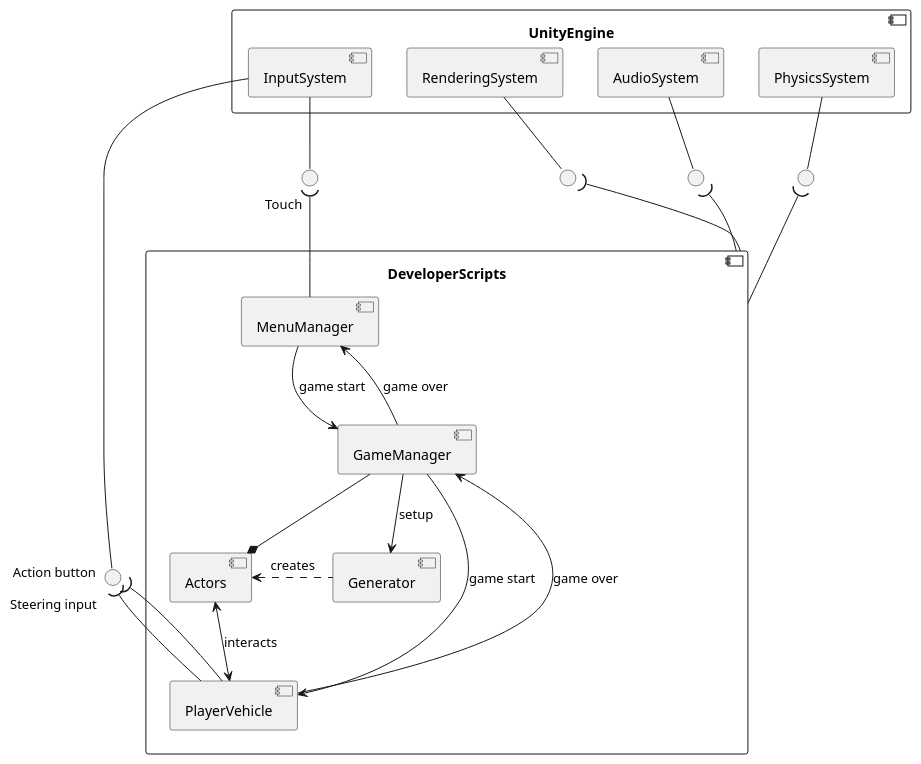
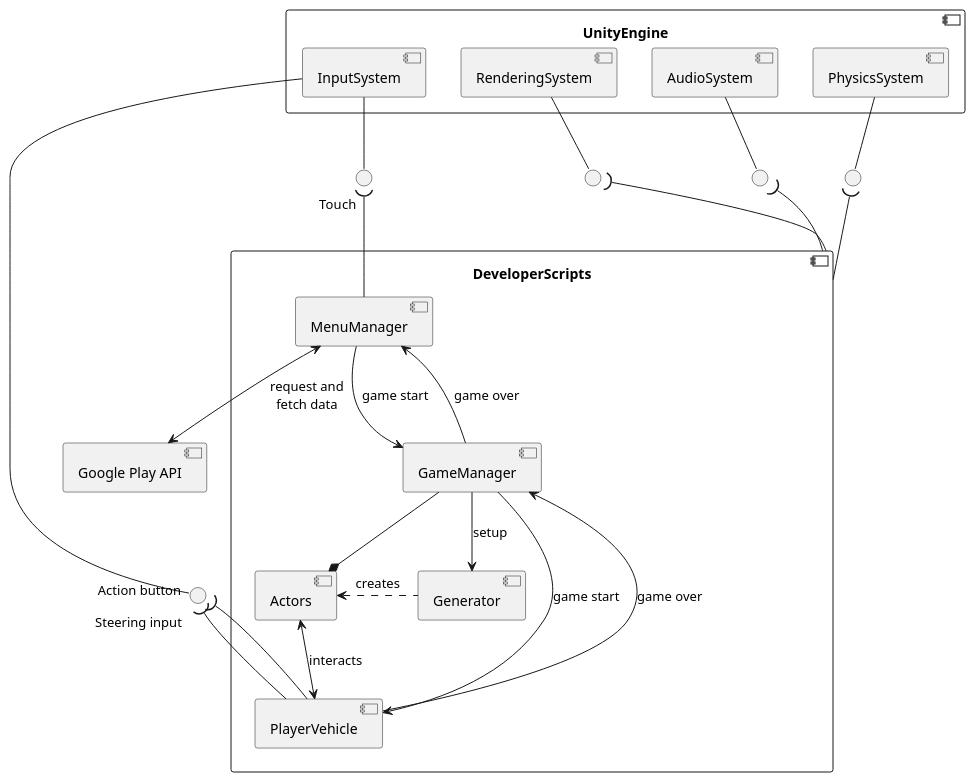
Before and after one commit to CKTA00/Robbery_Rush_UML: the diagram in UML/component_diagram.puml, drawn with PlantUML.

Commit message:
Added Google Play API to component diagram

```diff
--- a/UML/component_diagram.puml
+++ b/UML/component_diagram.puml
@@ -1,78 +1,82 @@
 @startuml
 
 
 component DeveloperScripts{
     component GameManager{
 
     }
 
     component Generator{
 
     }
 
     component MenuManager {
 
     }
 
     component PlayerVehicle{
 
     }
 
     component Actors{
 
     }
 }
 
 component UnityEngine{
     component InputSystem {
 
     }
 
     component RenderingSystem{
 
     }
 
     component AudioSystem{
 
     }
 
     component PhysicsSystem{
 
     }
 }
 
 
 () VehicleInput as " "
 () MenuInput as " "
 () Rendering as " "
 () Physics as " "
 () Audio as " "
 
 
 InputSystem -- VehicleInput
 InputSystem -- MenuInput
 
 VehicleInput "Steering input")-- PlayerVehicle
 VehicleInput "Action button")-- PlayerVehicle
 MenuInput "Touch")-- MenuManager
 
+MenuManager <--> "Google Play API": request and\nfetch data
+component "Google Play API"{
+
+}
 
 Rendering )-down- DeveloperScripts
 Physics )-down- DeveloperScripts
 Audio )-down- DeveloperScripts
 
 MenuManager --> GameManager: game start
 MenuManager <-- GameManager: game over
 GameManager --> Generator: setup
 GameManager --> PlayerVehicle: game start
 GameManager <-- PlayerVehicle: game over
 GameManager --* Actors
 Generator ..l> Actors: creates
 
 Actors <--> PlayerVehicle: interacts
 
 RenderingSystem -- Rendering
 AudioSystem -- Audio
 PhysicsSystem -- Physics
 
 @enduml
```
